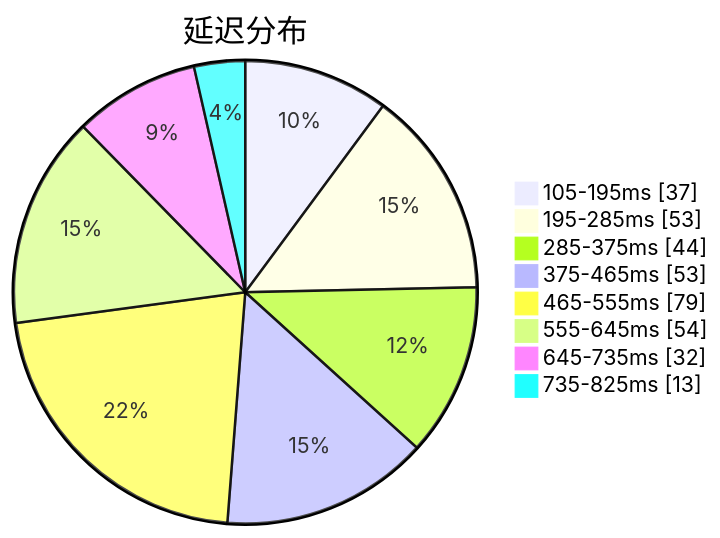
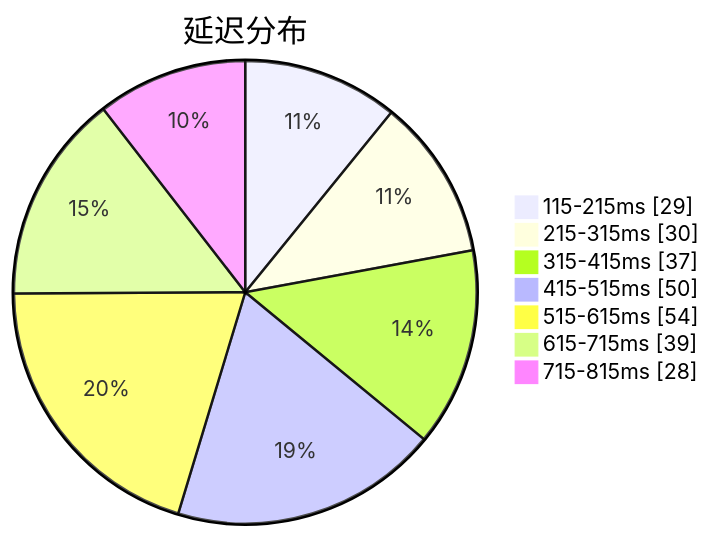
Before and after one commit to sinspired/airport: the first of 3 diagrams in subs/statistics/tested_within.md, drawn with Mermaid. The commit also changed other lines of this file and 2 other files, not shown here.

````diff
--- a/subs/statistics/tested_within.md
+++ b/subs/statistics/tested_within.md
@@ -2,12 +2,11 @@
 ```mermaid
 pie showData
 title 延迟分布
-"105-195ms" : 37
-"195-285ms" : 53
-"285-375ms" : 44
-"375-465ms" : 53
-"465-555ms" : 79
-"555-645ms" : 54
-"645-735ms" : 32
-"735-825ms" : 13
+"115-215ms" : 29
+"215-315ms" : 30
+"315-415ms" : 37
+"415-515ms" : 50
+"515-615ms" : 54
+"615-715ms" : 39
+"715-815ms" : 28
 ```
````
